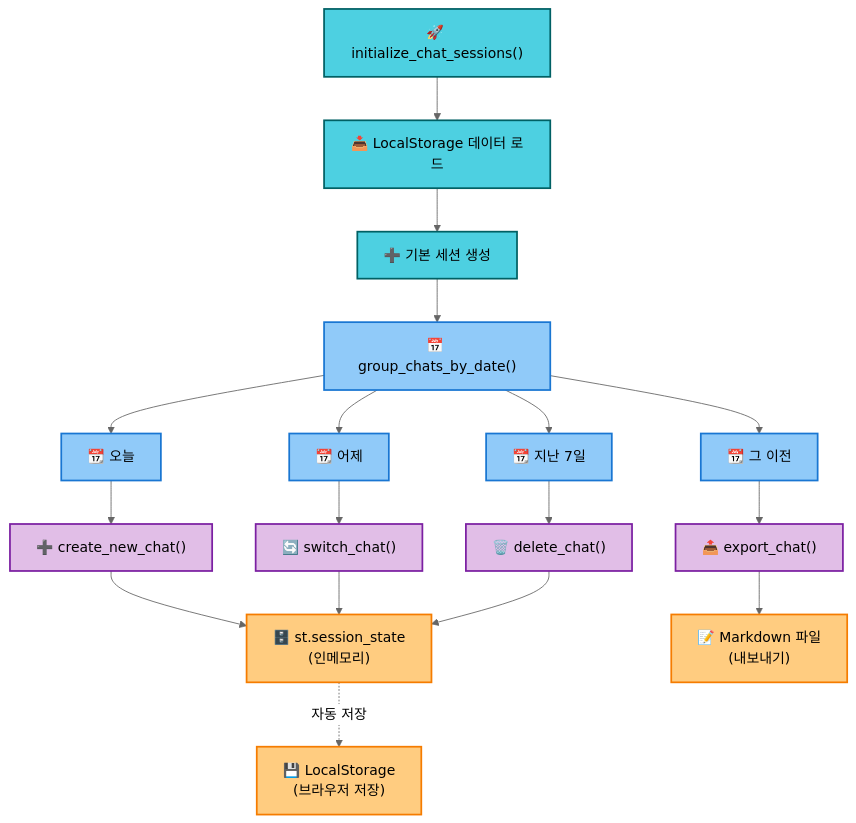
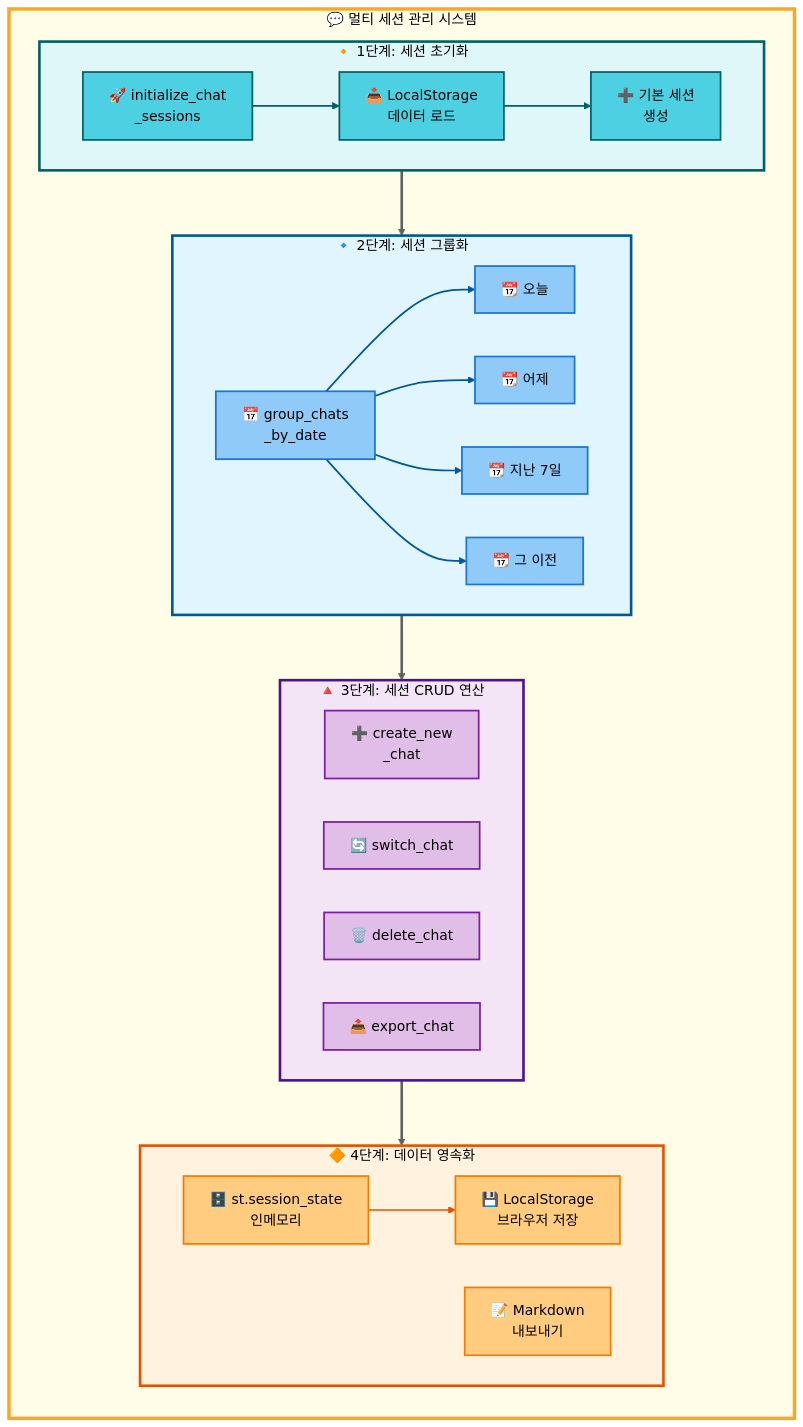
The tenth of 12 diagrams in README.md (AIBootcamp14/langchainproject-new-langchainproject_5), drawn with Mermaid (neutral theme) before and after one commit. The commit also changed other lines of this file, not shown here.

First line of the commit message:
docs: Streamlit UI 시스템 섹션 Mermaid 다이어그램 표준화

````diff
--- a/README.md
+++ b/README.md
@@ -4580,47 +4612,99 @@
 ```mermaid
 graph TB
-    Init["🚀 initialize_chat_sessions()"]:::stage1
-    LoadLS["📥 LocalStorage 데이터 로드"]:::stage1
-    CreateDefault["➕ 기본 세션 생성"]:::stage1
+    subgraph MainFlow["💬 멀티 세션 관리 시스템"]
+        direction TB
 
-    GroupChats["📅 group_chats_by_date()"]:::stage2
-    Today["📆 오늘"]:::stage2
-    Yesterday["📆 어제"]:::stage2
-    Last7Days["📆 지난 7일"]:::stage2
-    Older["📆 그 이전"]:::stage2
+        subgraph Stage1["🔸 1단계: 세션 초기화"]
+            direction LR
+            Init["🚀 initialize_chat<br/>_sessions"]
+            LoadLS["📥 LocalStorage<br/>데이터 로드"]
+            CreateDefault["➕ 기본 세션<br/>생성"]
+            Init --> LoadLS
+            LoadLS --> CreateDefault
+        end
 
-    Create["➕ create_new_chat()"]:::stage3
-    Switch["🔄 switch_chat()"]:::stage3
-    Delete["🗑️ delete_chat()"]:::stage3
-    Export["📤 export_chat()"]:::stage3
+        subgraph Stage2["🔹 2단계: 세션 그룹화"]
+            direction LR
+            GroupChats["📅 group_chats<br/>_by_date"]
+            Today["📆 오늘"]
+            Yesterday["📆 어제"]
+            Last7Days["📆 지난 7일"]
+            Older["📆 그 이전"]
+            GroupChats --> Today
+            GroupChats --> Yesterday
+            GroupChats --> Last7Days
+            GroupChats --> Older
+        end
 
-    SessionState["🗄️ st.session_state<br/>(인메모리)"]:::stage4
-    LocalStorageWrite["💾 LocalStorage<br/>(브라우저 저장)"]:::stage4
-    MarkdownFile["📝 Markdown 파일<br/>(내보내기)"]:::stage4
+        subgraph Stage3["🔺 3단계: 세션 CRUD 연산"]
+            direction LR
+            Create["➕ create_new<br/>_chat"]
+            Switch["🔄 switch_chat"]
+            Delete["🗑️ delete_chat"]
+            Export["📤 export_chat"]
+        end
 
-    Init --> LoadLS
-    LoadLS --> CreateDefault
+        subgraph Stage4["🔶 4단계: 데이터 영속화"]
+            direction LR
+            SessionState["🗄️ st.session_state<br/>인메모리"]
+            LocalStorageWrite["💾 LocalStorage<br/>브라우저 저장"]
+            MarkdownFile["📝 Markdown<br/>내보내기"]
+            SessionState --> LocalStorageWrite
+        end
 
-    CreateDefault --> GroupChats
-    GroupChats --> Today
-    GroupChats --> Yesterday
-    GroupChats --> Last7Days
-    GroupChats --> Older
+        %% 단계 간 연결
+        Stage1 --> Stage2
+        Stage2 --> Stage3
+        Stage3 --> Stage4
+    end
 
-    Today --> Create
-    Yesterday --> Switch
-    Last7Days --> Delete
-    Older --> Export
+    %% MainFlow 래퍼 스타일
+    style MainFlow fill:#fffde7,stroke:#f9a825,stroke-width:4px,color:#000
 
-    Create --> SessionState
-    Switch --> SessionState
-    Delete --> SessionState
-    Export --> MarkdownFile
+    %% Subgraph 스타일
+    style Stage1 fill:#e0f7fa,stroke:#006064,stroke-width:3px,color:#000
+    style Stage2 fill:#e1f5ff,stroke:#01579b,stroke-width:3px,color:#000
+    style Stage3 fill:#f3e5f5,stroke:#4a148c,stroke-width:3px,color:#000
+    style Stage4 fill:#fff3e0,stroke:#e65100,stroke-width:3px,color:#000
 
-    SessionState -.->|"자동 저장"| LocalStorageWrite
+    %% 노드 스타일 (1단계 - 청록 계열)
+    style Init fill:#4dd0e1,stroke:#006064,stroke-width:2px,color:#000
+    style LoadLS fill:#4dd0e1,stroke:#006064,stroke-width:2px,color:#000
+    style CreateDefault fill:#4dd0e1,stroke:#006064,stroke-width:2px,color:#000
 
-    classDef stage1 fill:#4dd0e1,stroke:#006064,stroke-width:2px,color:#000
-    classDef stage2 fill:#90caf9,stroke:#1976d2,stroke-width:2px,color:#000
-    classDef stage3 fill:#e1bee7,stroke:#7b1fa2,stroke-width:2px,color:#000
-    classDef stage4 fill:#ffcc80,stroke:#f57c00,stroke-width:2px,color:#000
+    %% 노드 스타일 (2단계 - 파랑 계열)
+    style GroupChats fill:#90caf9,stroke:#1976d2,stroke-width:2px,color:#000
+    style Today fill:#90caf9,stroke:#1976d2,stroke-width:2px,color:#000
+    style Yesterday fill:#90caf9,stroke:#1976d2,stroke-width:2px,color:#000
+    style Last7Days fill:#90caf9,stroke:#1976d2,stroke-width:2px,color:#000
+    style Older fill:#90caf9,stroke:#1976d2,stroke-width:2px,color:#000
+
+    %% 노드 스타일 (3단계 - 보라 계열)
+    style Create fill:#e1bee7,stroke:#7b1fa2,stroke-width:2px,color:#000
+    style Switch fill:#e1bee7,stroke:#7b1fa2,stroke-width:2px,color:#000
+    style Delete fill:#e1bee7,stroke:#7b1fa2,stroke-width:2px,color:#000
+    style Export fill:#e1bee7,stroke:#7b1fa2,stroke-width:2px,color:#000
+
+    %% 노드 스타일 (4단계 - 주황 계열)
+    style SessionState fill:#ffcc80,stroke:#f57c00,stroke-width:2px,color:#000
+    style LocalStorageWrite fill:#ffcc80,stroke:#f57c00,stroke-width:2px,color:#000
+    style MarkdownFile fill:#ffcc80,stroke:#f57c00,stroke-width:2px,color:#000
+
+    %% 연결선 스타일 (1단계 0~1)
+    linkStyle 0 stroke:#006064,stroke-width:2px
+    linkStyle 1 stroke:#006064,stroke-width:2px
+
+    %% 연결선 스타일 (2단계 2~5)
+    linkStyle 2 stroke:#01579b,stroke-width:2px
+    linkStyle 3 stroke:#01579b,stroke-width:2px
+    linkStyle 4 stroke:#01579b,stroke-width:2px
+    linkStyle 5 stroke:#01579b,stroke-width:2px
+
+    %% 연결선 스타일 (4단계 6)
+    linkStyle 6 stroke:#e65100,stroke-width:2px
+
+    %% 단계 간 연결 (회색 7~9)
+    linkStyle 7 stroke:#616161,stroke-width:3px
+    linkStyle 8 stroke:#616161,stroke-width:3px
+    linkStyle 9 stroke:#616161,stroke-width:3px
 ```
````
